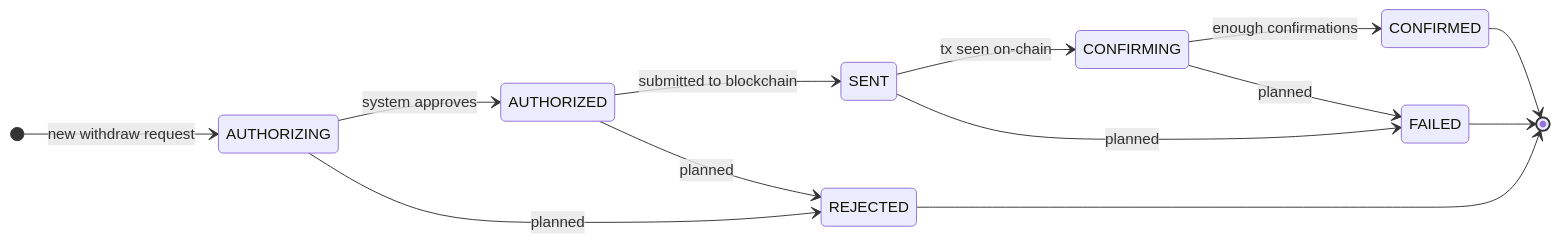
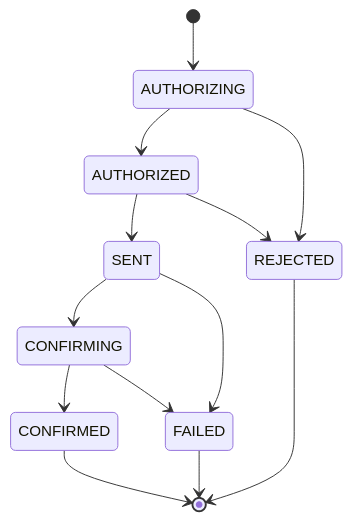
The fifth of 20 diagrams in README.md (taiio/book-keeping), drawn with Mermaid before and after one commit. The commit also changed other lines of this file, not shown here.

````diff
--- a/README.md
+++ b/README.md
@@ -249,17 +139,15 @@
 ```mermaid
 stateDiagram-v2
-    direction LR
-    [*] --> AUTHORIZING: new withdraw request
-    AUTHORIZING --> AUTHORIZED: system approves
-    AUTHORIZED --> SENT: submitted to blockchain
-    SENT --> CONFIRMING: tx seen on-chain
-    CONFIRMING --> CONFIRMED: enough confirmations
-    CONFIRMED --> [*]
-
-    AUTHORIZING --> REJECTED: planned
-    AUTHORIZED --> REJECTED: planned
-    SENT --> FAILED: planned
-    CONFIRMING --> FAILED: planned
-    REJECTED --> [*]
-    FAILED --> [*]
+  [*] --> AUTHORIZING
+  AUTHORIZING --> AUTHORIZED
+  AUTHORIZED --> SENT
+  SENT --> CONFIRMING
+  CONFIRMING --> CONFIRMED
+  AUTHORIZING --> REJECTED
+  AUTHORIZED --> REJECTED
+  SENT --> FAILED
+  CONFIRMING --> FAILED
+  CONFIRMED --> [*]
+  REJECTED --> [*]
+  FAILED --> [*]
 ```
````
